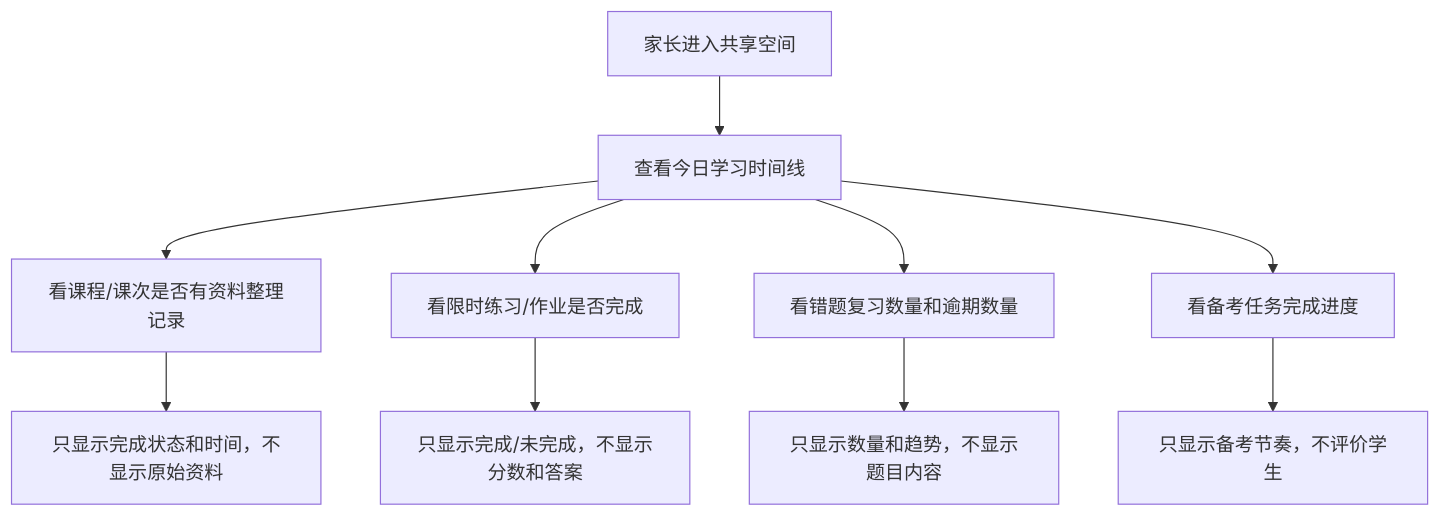
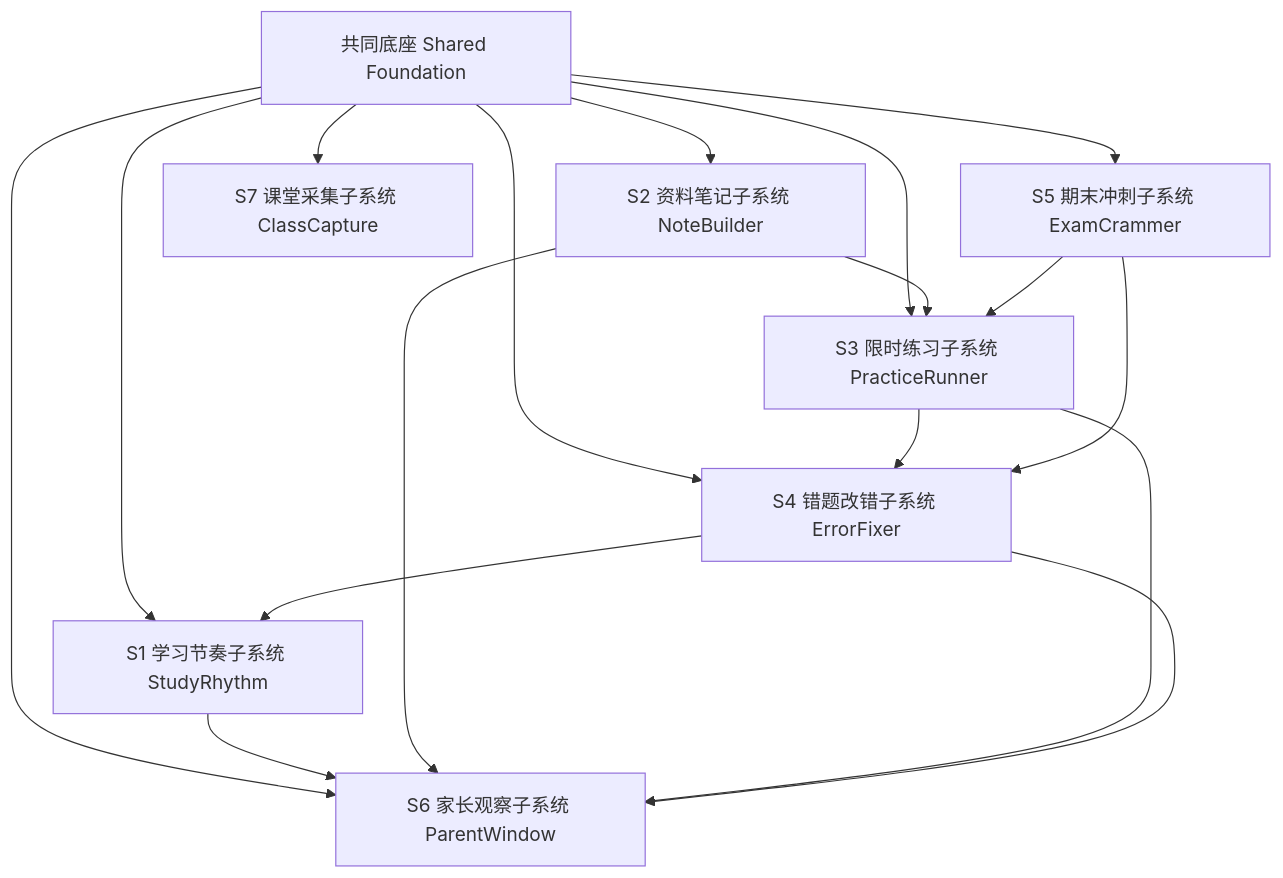
The first of 3 diagrams in docs/PRD.md (everything-is-simple/ai-studybuddy), drawn with Mermaid before and after one commit. The commit also changed other lines of this file and 5 other files, not shown here.

````diff
--- a/docs/PRD.md
+++ b/docs/PRD.md
@@ -273,13 +41,20 @@
 ```mermaid
 flowchart TD
-  A["家长进入共享空间"] --> B["查看今日学习时间线"]
-  B --> C["看课程/课次是否有资料整理记录"]
-  B --> D["看限时练习/作业是否完成"]
-  B --> E["看错题复习数量和逾期数量"]
-  B --> F["看备考任务完成进度"]
+  Base["共同底座 Shared Foundation"] --> S1["S1 学习节奏子系统 StudyRhythm"]
+  Base --> S2["S2 资料笔记子系统 NoteBuilder"]
+  Base --> S3["S3 限时练习子系统 PracticeRunner"]
+  Base --> S4["S4 错题改错子系统 ErrorFixer"]
+  Base --> S5["S5 期末冲刺子系统 ExamCrammer"]
+  Base --> S6["S6 家长观察子系统 ParentWindow"]
+  Base --> S7["S7 课堂采集子系统 ClassCapture"]
 
-  C --> G["只显示完成状态和时间，不显示原始资料"]
-  D --> H["只显示完成/未完成，不显示分数和答案"]
-  E --> I["只显示数量和趋势，不显示题目内容"]
-  F --> J["只显示备考节奏，不评价学生"]
+  S2 --> S3
+  S3 --> S4
+  S4 --> S1
+  S5 --> S3
+  S5 --> S4
+  S1 --> S6
+  S2 --> S6
+  S3 --> S6
+  S4 --> S6
 ```
````
